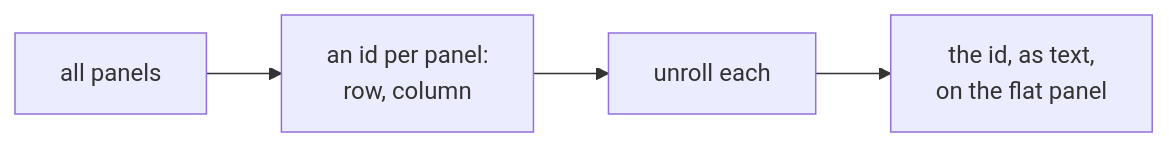
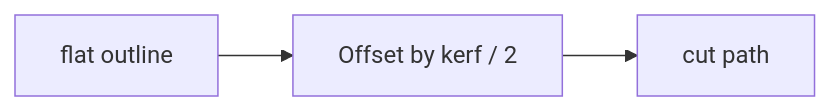
The third of 4 diagrams in Lecture/Week_14/goals.md (rccn-teaching/cdf), drawn with Mermaid before and after one commit. The commit also changed other lines of this file and 23 other files, not shown here.

Commit message:
Refactor lecture materials for Weeks 13-15: update README and goals to enhance clarity and structure; adjust session objectives and commands; improve flowcharts and voting processes for better engagement and understanding.

````diff
--- a/Lecture/Week_14/goals.md
+++ b/Lecture/Week_14/goals.md
@@ -31,6 +58,7 @@
 ```mermaid
 flowchart LR
-    P["all panels"] --> I["an id per panel:<br/>row, column"]
-    I --> U["unroll each"]
-    U --> T["the id, as text,<br/>on the flat panel"]
+    F0["flat outline"]
+    K1["Offset by kerf / 2"]
+    C2["cut path"]
+    F0 --> K1 --> C2
 ```
````
